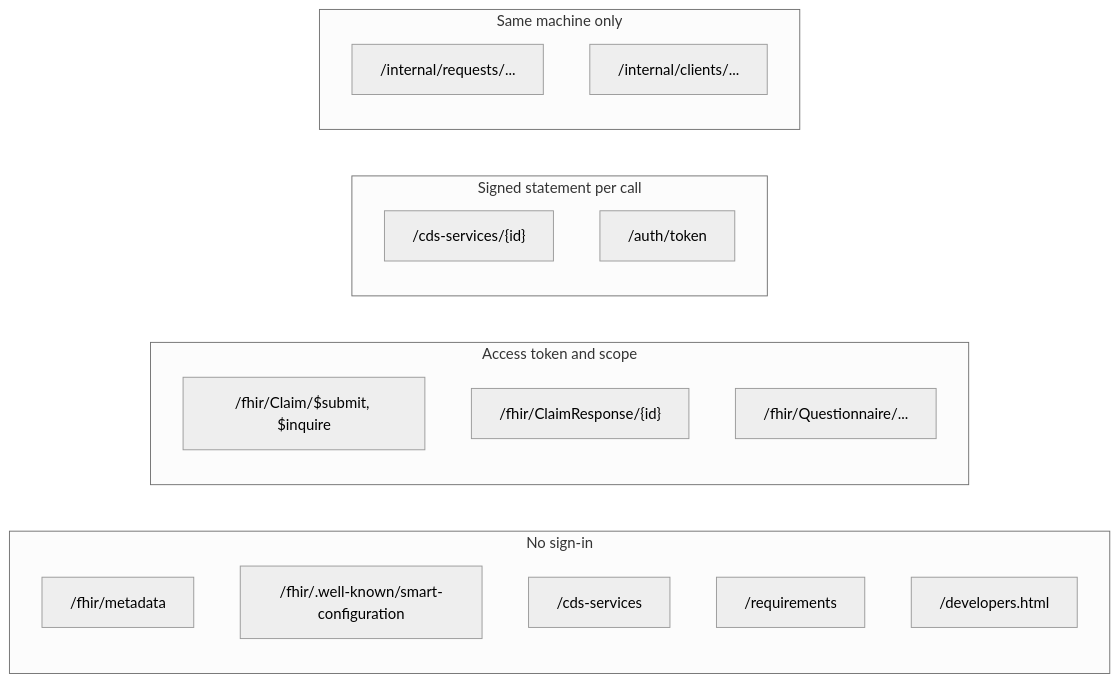
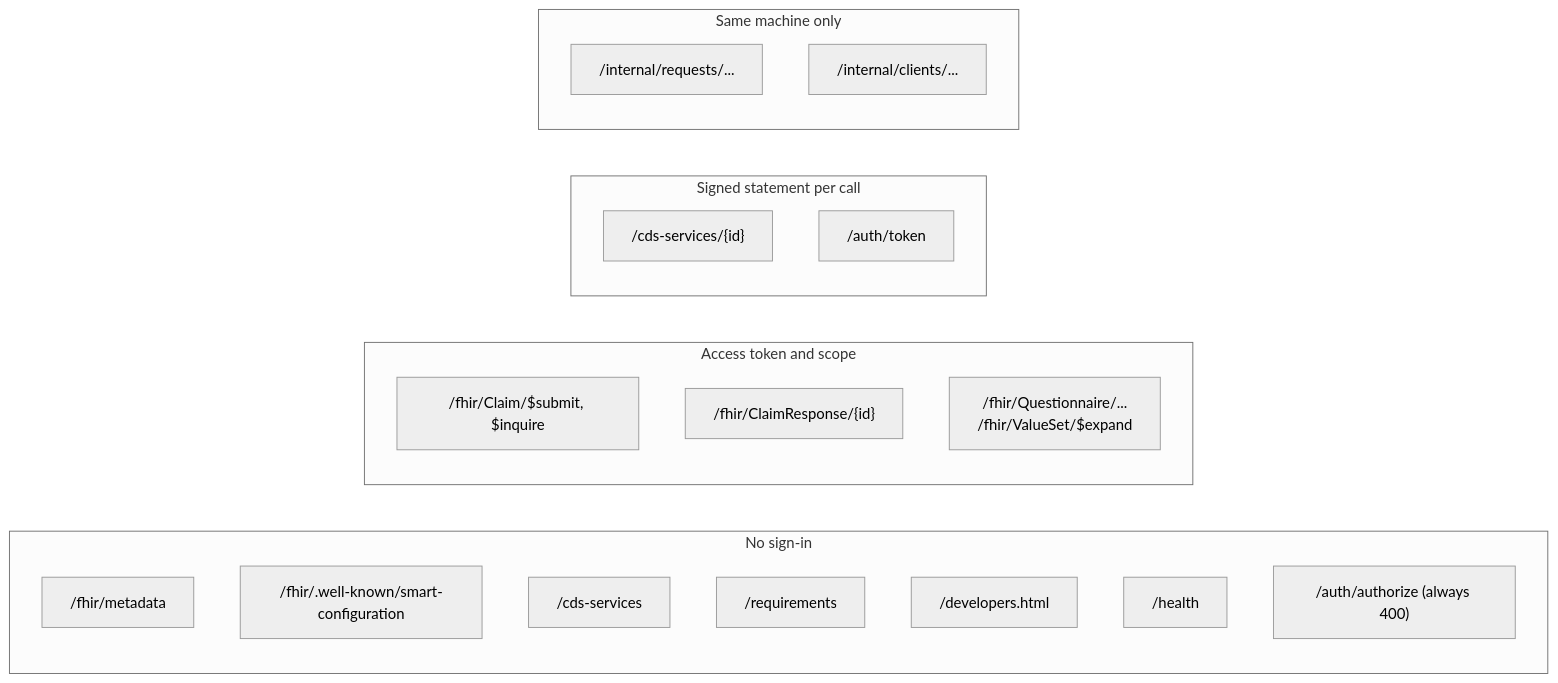
Before and after one commit to tngo0508/prior-auth-api: the sixth of 8 diagrams in docs/architecture.md, drawn with Mermaid (neutral theme). The commit also changed other lines of this file and 13 other files, not shown here.

````diff
--- a/docs/architecture.md
+++ b/docs/architecture.md
@@ -225,23 +244,25 @@
 ```mermaid
 flowchart LR
     subgraph PUBLIC["No sign-in"]
         P1["/fhir/metadata"]
         P2["/fhir/.well-known/smart-configuration"]
         P3["/cds-services"]
         P4["/requirements"]
         P5["/developers.html"]
+        P6["/health"]
+        P7["/auth/authorize (always 400)"]
     end
     subgraph TOKEN["Access token and scope"]
         T1["/fhir/Claim/$submit, $inquire"]
         T2["/fhir/ClaimResponse/{id}"]
-        T3["/fhir/Questionnaire/..."]
+        T3["/fhir/Questionnaire/...<br/>/fhir/ValueSet/$expand"]
     end
     subgraph JWT["Signed statement per call"]
         J1["/cds-services/{id}"]
         J2["/auth/token"]
     end
     subgraph LOCAL["Same machine only"]
         L1["/internal/requests/..."]
         L2["/internal/clients/..."]
     end
 ```
````
